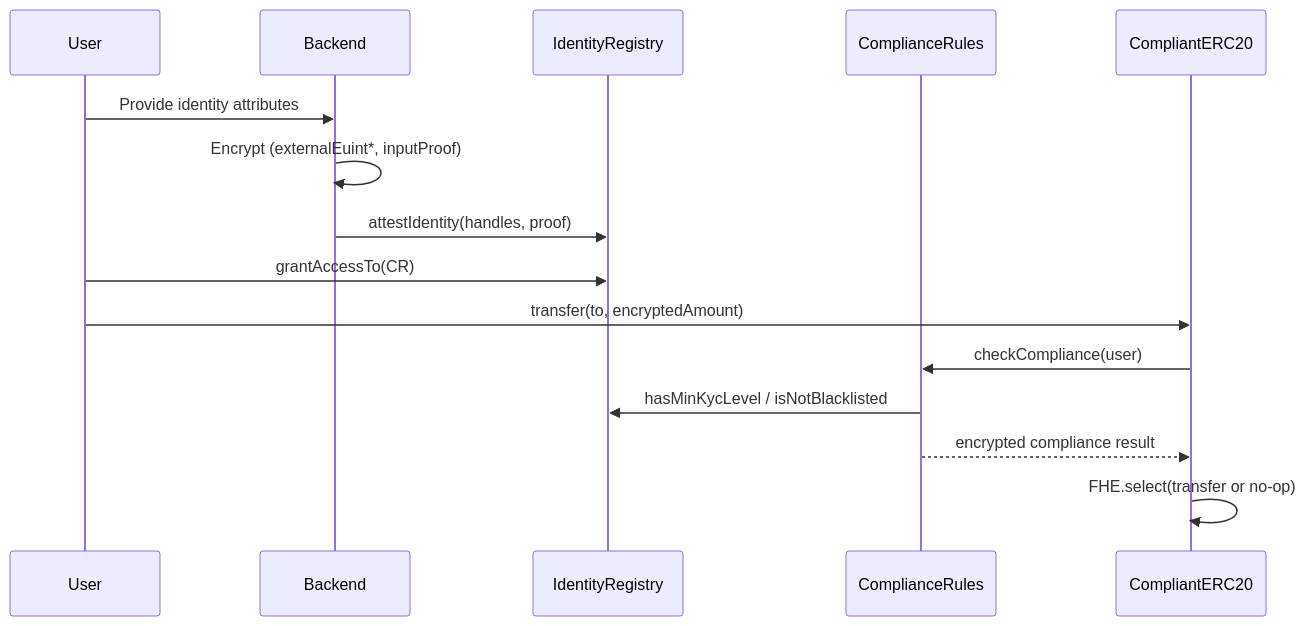
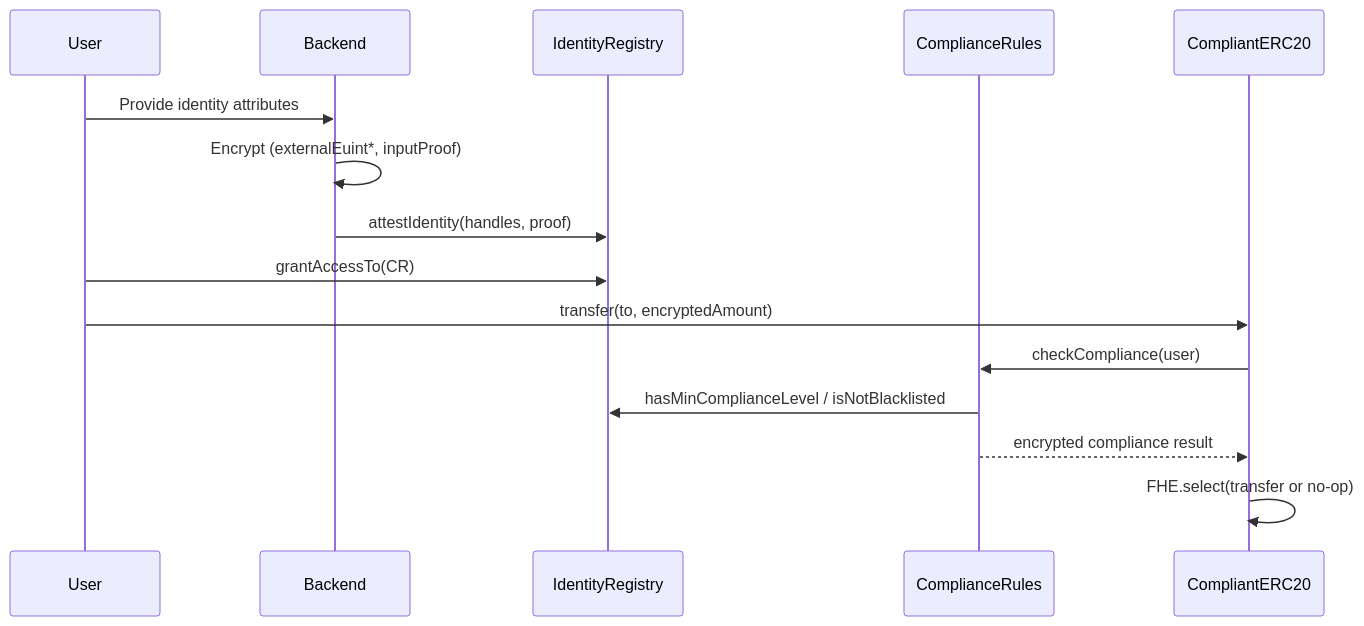
One commit to gustavovalverde/zentity-fhevm-contracts changed the second of 2 diagrams in docs/architecture.md. Above: the diagram before and after it, drawn with Mermaid. The commit also changed other lines of this file and 20 other files, not shown here.

Commit message:
feat(contracts): rename kyc to compliance level

````diff
--- a/docs/architecture.md
+++ b/docs/architecture.md
@@ -66,20 +66,20 @@
 ```mermaid
 sequenceDiagram
   participant User
   participant Backend
   participant IR as IdentityRegistry
   participant CR as ComplianceRules
   participant Token as CompliantERC20
 
   User->>Backend: Provide identity attributes
   Backend->>Backend: Encrypt (externalEuint*, inputProof)
   Backend->>IR: attestIdentity(handles, proof)
 
   User->>IR: grantAccessTo(CR)
 
   User->>Token: transfer(to, encryptedAmount)
   Token->>CR: checkCompliance(user)
-  CR->>IR: hasMinKycLevel / isNotBlacklisted
+  CR->>IR: hasMinComplianceLevel / isNotBlacklisted
   CR-->>Token: encrypted compliance result
   Token->>Token: FHE.select(transfer or no-op)
 ```
````
